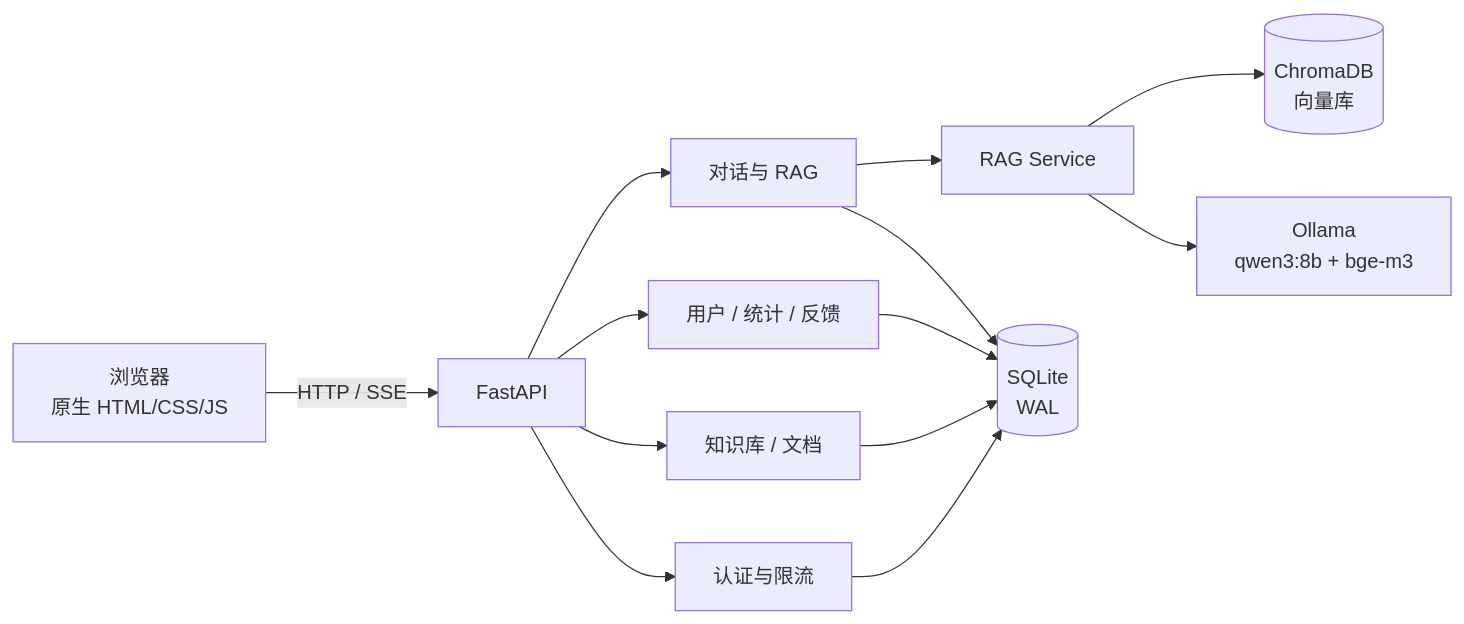
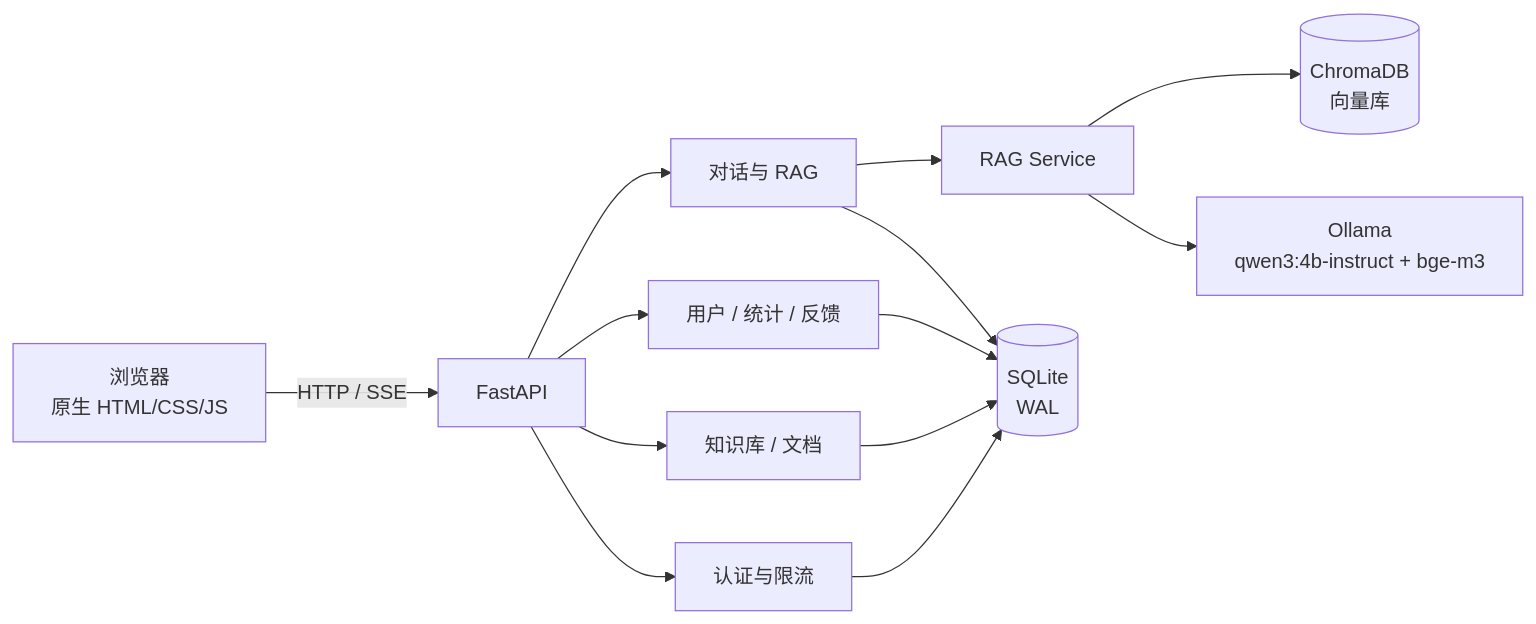
One commit to Serenakiko/rag-course-assistant changed the first of 3 diagrams in docs/architecture.md. Above: the diagram before and after it, drawn with Mermaid. The commit also changed 37 other files, not shown here.

````diff
--- a/docs/architecture.md
+++ b/docs/architecture.md
@@ -5,15 +5,15 @@
 ```mermaid
 flowchart LR
     B[浏览器<br/>原生 HTML/CSS/JS] -->|HTTP / SSE| F[FastAPI]
     F --> A[认证与限流]
     F --> C[对话与 RAG]
     F --> K[知识库 / 文档]
     F --> U[用户 / 统计 / 反馈]
     C --> R[RAG Service]
     R --> V[(ChromaDB<br/>向量库)]
-    R --> O[Ollama<br/>qwen3:8b + bge-m3]
+    R --> O[Ollama<br/>qwen3:4b-instruct + bge-m3]
     A --> D[(SQLite<br/>WAL)]
     K --> D
     U --> D
     C --> D
 ```
````
